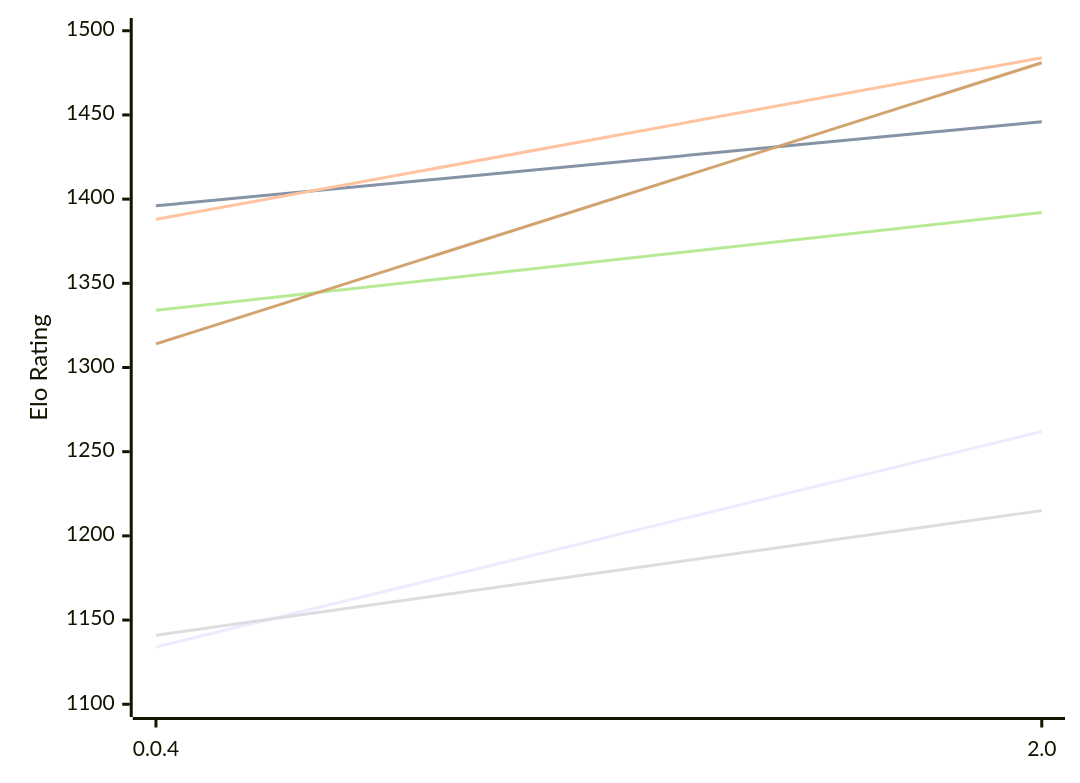
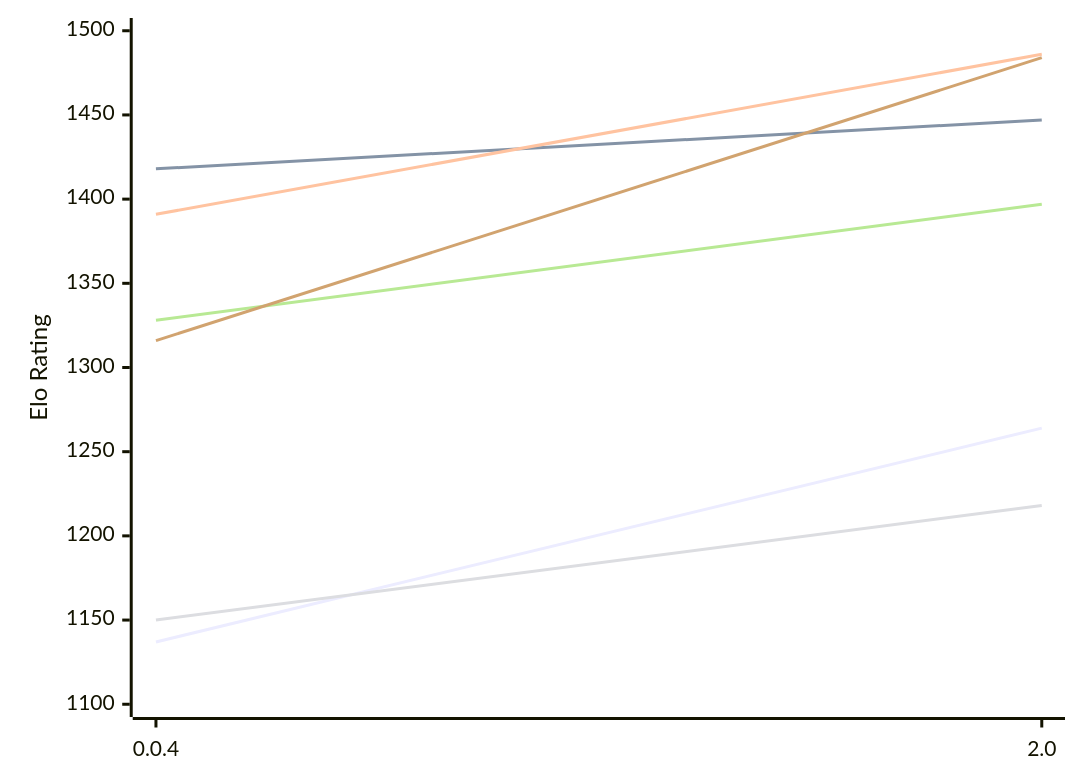
The first of 2 diagrams in engines/Oops!Mate.md (computer-chess-index/cci), drawn with Mermaid before and after one commit. The commit also changed other lines of this file, not shown here.

Commit message:
Update CCI Ratings (ELO VLTC) - 2026-11-25

````diff
--- a/engines/Oops!Mate.md
+++ b/engines/Oops!Mate.md
@@ -50,12 +50,12 @@
 ```mermaid
 %%{init: {"theme":"base","themeVariables":{"seriesColors:['#a3a3a3','#222221','#faa371']}}}%%
 xychart-beta
   x-axis ["0.0.4", "2.0"]
   y-axis "Elo Rating" 1100 --> 1500
-  line "E1: STC (8.0+0.08s)" [1134, 1262]
-  line "E1: LTC (60.0+0.60s)" [1396, 1446]
-  line "E1: VLTC (2m24s+1.12s)" [1388, 1484]
-  line "P1: STC (8.0+0.08s)" [1141, 1215]
-  line "P1: LTC (60.0+0.60s)" [1334, 1392]
-  line "P1: VLTC (2m24s+1.12s)" [1314, 1481]
+  line "E1: STC (8.0+0.08s)" [1137, 1264]
+  line "E1: LTC (60.0+0.60s)" [1418, 1447]
+  line "E1: VLTC (2m24s+1.12s)" [1391, 1486]
+  line "P1: STC (8.0+0.08s)" [1150, 1218]
+  line "P1: LTC (60.0+0.60s)" [1328, 1397]
+  line "P1: VLTC (2m24s+1.12s)" [1316, 1484]
 ```
````
